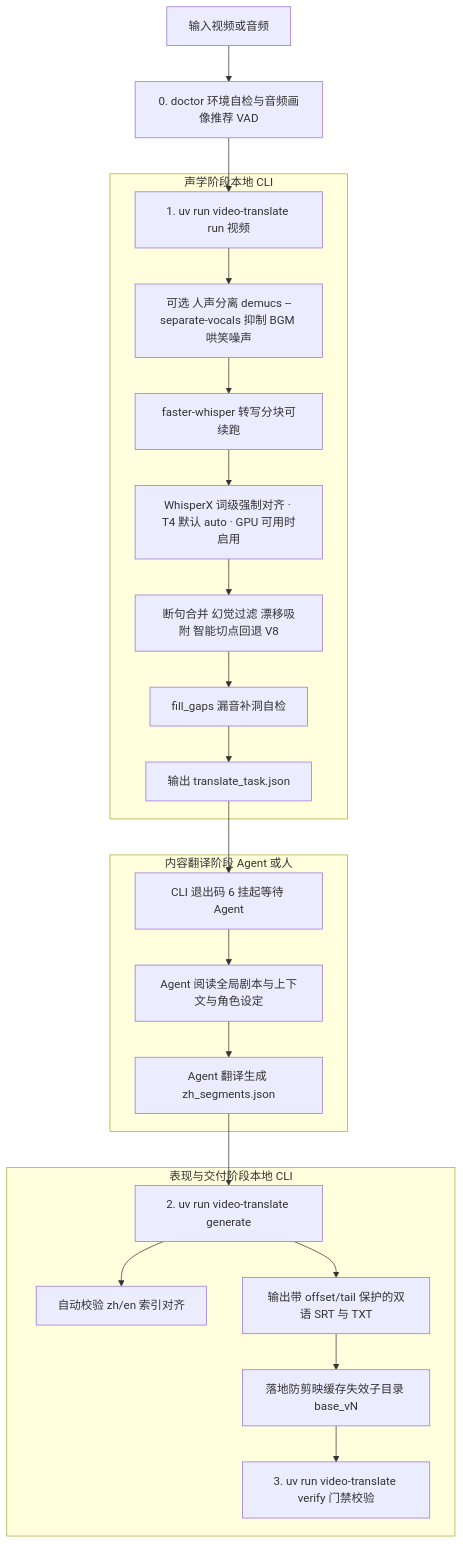
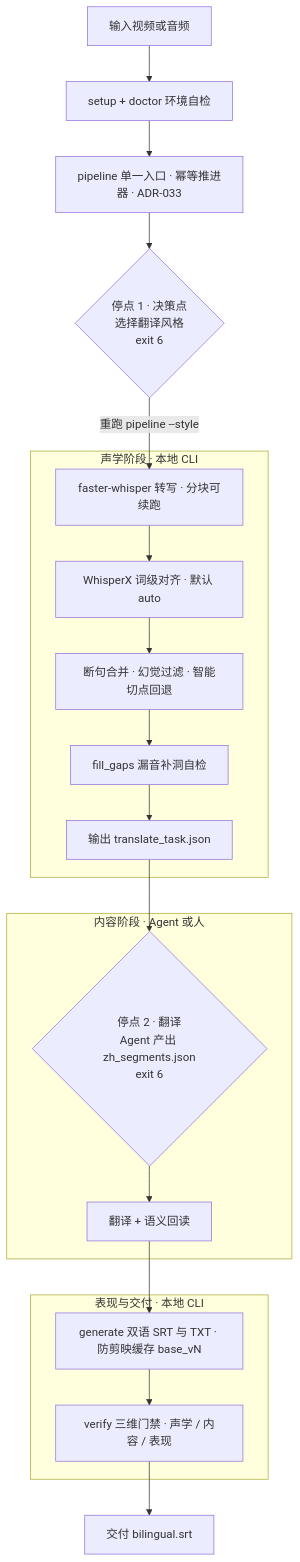
One commit to brosnan2800/video-translate changed the diagram in README.md. Above: the diagram before and after it, drawn with Mermaid. The commit also changed other lines of this file and 35 other files, not shown here.

````diff
--- a/README.md
+++ b/README.md
@@ -39,29 +46,28 @@
 ```mermaid
 flowchart TD
-    Video[输入视频或音频] --> Doctor[0. doctor 环境自检与音频画像推荐 VAD]
-    Doctor --> Run[1. uv run video-translate run 视频]
+    Video[输入视频或音频] --> Setup[setup + doctor 环境自检]
+    Setup --> PL[pipeline 单一入口 · 幂等推进器 · ADR-033]
 
-    subgraph Acoustic [声学阶段本地 CLI]
-        Run --> VocalSep["可选 人声分离 demucs --separate-vocals 抑制 BGM 哄笑噪声"]
-        VocalSep --> Transcribe[faster-whisper 转写分块可续跑]
-        Transcribe --> WhisperX["WhisperX 词级强制对齐 · T4 默认 auto · GPU 可用时启用"]
-        WhisperX --> Merge[断句合并 幻觉过滤 漂移吸附 智能切点回退 V8]
+    PL --> DP{"停点 1 · 决策点<br/>选择翻译风格<br/>exit 6"}
+    DP -->|"重跑 pipeline --style"| Transcribe
+
+    subgraph Local1 [声学阶段 · 本地 CLI]
+        Transcribe[faster-whisper 转写 · 分块可续跑] --> WhisperX[WhisperX 词级对齐 · 默认 auto]
+        WhisperX --> Merge[断句合并 · 幻觉过滤 · 智能切点回退]
         Merge --> FillGaps[fill_gaps 漏音补洞自检]
         FillGaps --> TaskOut[输出 translate_task.json]
     end
 
-    TaskOut --> Exit6[CLI 退出码 6 挂起等待 Agent]
+    TaskOut --> TP{"停点 2 · 翻译<br/>Agent 产出 zh_segments.json<br/>exit 6"}
 
-    subgraph AgentBrain [内容翻译阶段 Agent 或人]
-        Exit6 --> AgentRead[Agent 阅读全局剧本与上下文与角色设定]
-        AgentRead --> AgentTranslate[Agent 翻译生成 zh_segments.json]
+    subgraph AgentBrain [内容阶段 · Agent 或人]
+        TP --> AgentWork[翻译 + 语义回读]
     end
 
-    subgraph Presentation [表现与交付阶段本地 CLI]
-        AgentTranslate --> Generate[2. uv run video-translate generate]
-        Generate --> AlignCheck[自动校验 zh/en 索引对齐]
-        Generate --> Render[输出带 offset/tail 保护的双语 SRT 与 TXT]
-        Render --> VersionDir[落地防剪映缓存失效子目录 base_vN]
-        VersionDir --> Verify[3. uv run video-translate verify 门禁校验]
+    subgraph Local2 [表现与交付 · 本地 CLI]
+        AgentWork --> Generate[generate 双语 SRT 与 TXT · 防剪映缓存 base_vN]
+        Generate --> Verify[verify 三维门禁 · 声学 / 内容 / 表现]
     end
+
+    Verify --> Done[交付 bilingual.srt]
 ```
````
